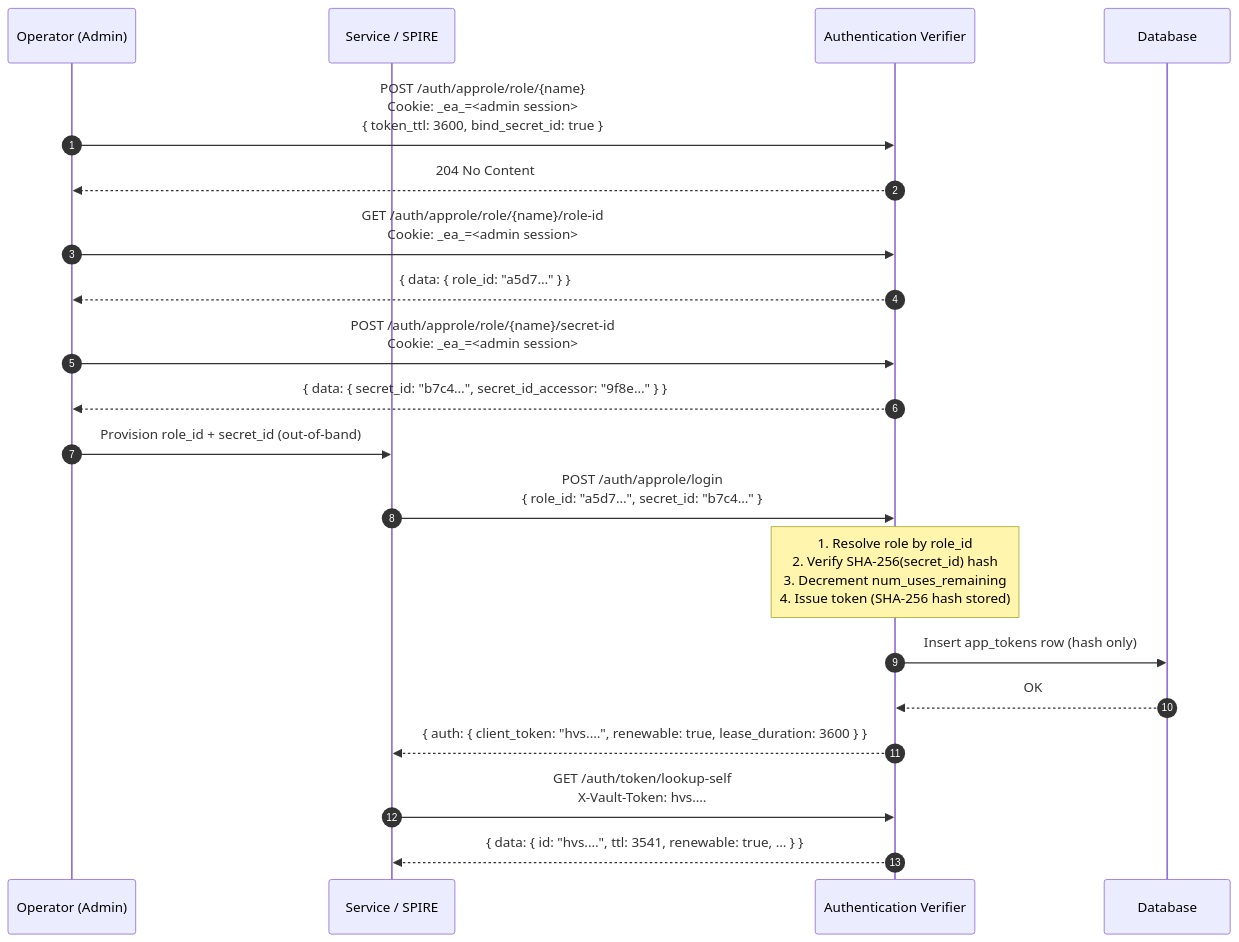
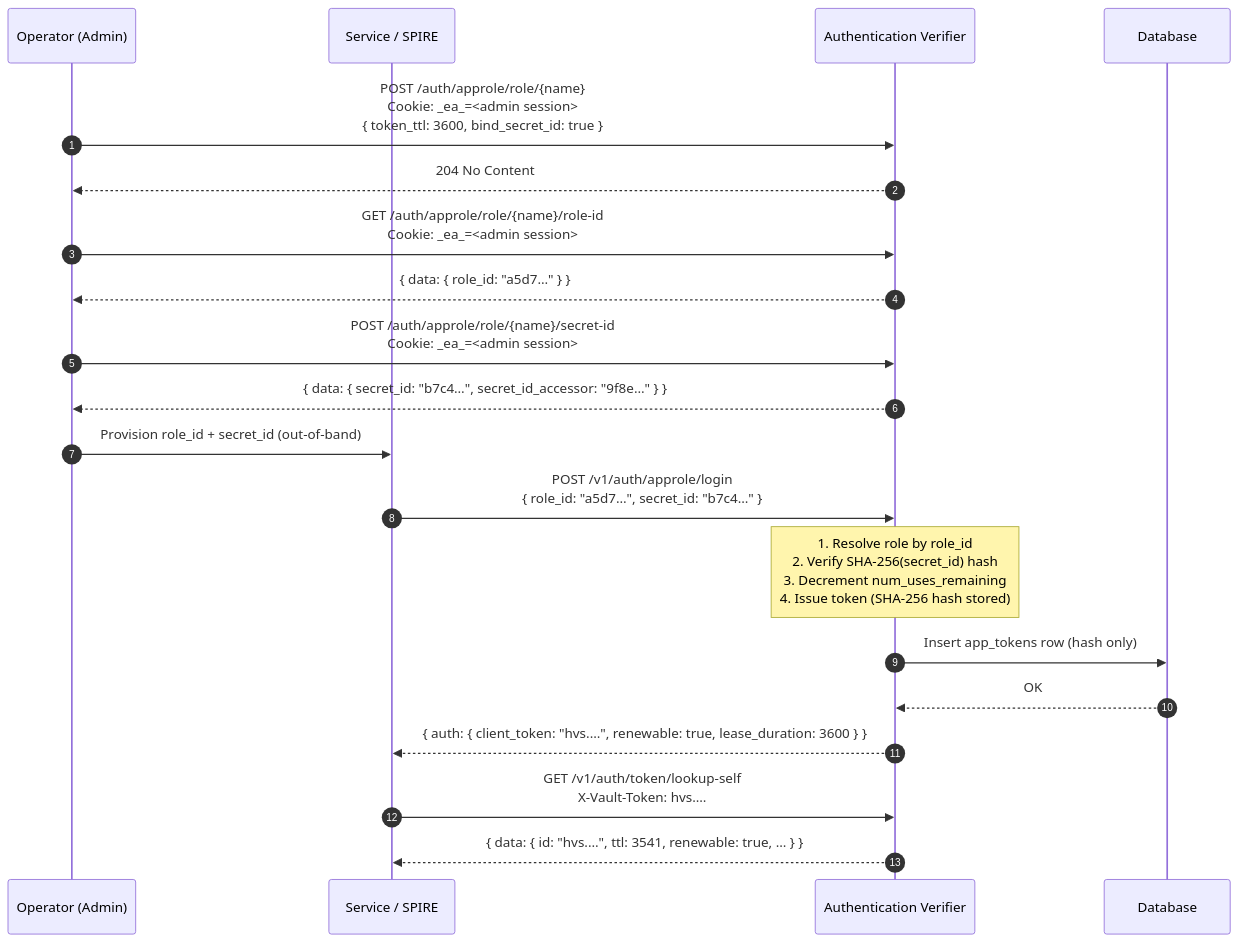
The fifth of 13 diagrams in server/documentation/docs/authentication_flows.md (Cosmian/authentication), drawn with Mermaid before and after one commit. The commit also changed other lines of this file and 32 other files, not shown here.

First line of the commit message:
feat!: serve Vault client routes only under /v1/auth and add userpass login (#134)

````diff
--- a/server/documentation/docs/authentication_flows.md
+++ b/server/documentation/docs/authentication_flows.md
@@ -216,28 +216,28 @@
 ```mermaid
 sequenceDiagram
     autonumber
     participant O as Operator (Admin)
     participant S as Service / SPIRE
     participant EA as Authentication Verifier
     participant DB as Database
 
     O->>EA: POST /auth/approle/role/{name}<br/>Cookie: _ea_=<admin session><br/>{ token_ttl: 3600, bind_secret_id: true }
     EA-->>O: 204 No Content
 
     O->>EA: GET /auth/approle/role/{name}/role-id<br/>Cookie: _ea_=<admin session>
     EA-->>O: { data: { role_id: "a5d7…" } }
 
     O->>EA: POST /auth/approle/role/{name}/secret-id<br/>Cookie: _ea_=<admin session>
     EA-->>O: { data: { secret_id: "b7c4…", secret_id_accessor: "9f8e…" } }
 
     O->>S: Provision role_id + secret_id (out-of-band)
 
-    S->>EA: POST /auth/approle/login<br/>{ role_id: "a5d7…", secret_id: "b7c4…" }
+    S->>EA: POST /v1/auth/approle/login<br/>{ role_id: "a5d7…", secret_id: "b7c4…" }
     note over EA: 1. Resolve role by role_id<br/>2. Verify SHA-256(secret_id) hash<br/>3. Decrement num_uses_remaining<br/>4. Issue token (SHA-256 hash stored)
     EA->>DB: Insert app_tokens row (hash only)
     DB-->>EA: OK
     EA-->>S: { auth: { client_token: "hvs.…", renewable: true, lease_duration: 3600 } }
 
-    S->>EA: GET /auth/token/lookup-self<br/>X-Vault-Token: hvs.…
+    S->>EA: GET /v1/auth/token/lookup-self<br/>X-Vault-Token: hvs.…
     EA-->>S: { data: { id: "hvs.…", ttl: 3541, renewable: true, … } }
 ```
````
